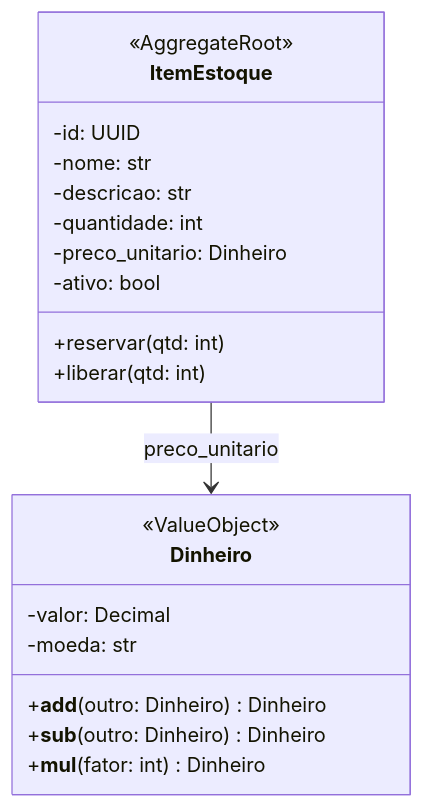
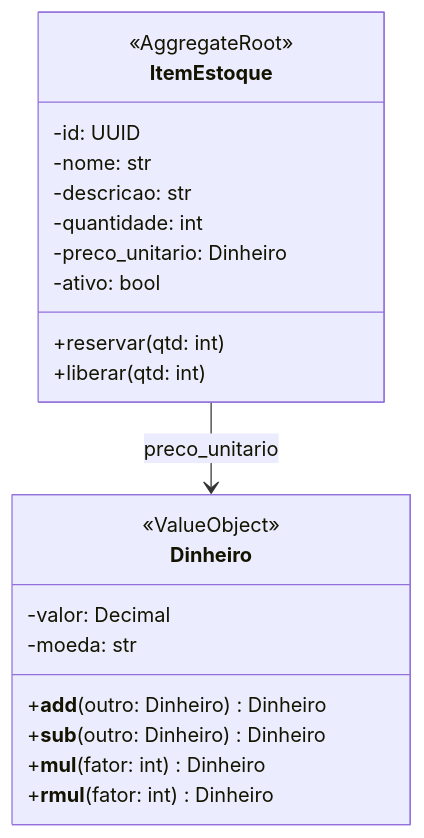
One commit to fiap-postech-sw-architecture/postech-sw-arch-p2 changed the third of 6 diagrams in docs/arquitetura/modelo-dominio.md. Above: the diagram before and after it, drawn with Mermaid. The commit also changed other lines of this file and 13 other files, not shown here.

````diff
--- a/docs/arquitetura/modelo-dominio.md
+++ b/docs/arquitetura/modelo-dominio.md
@@ -139,25 +139,26 @@
 ```mermaid
 classDiagram
     class ItemEstoque {
         <<AggregateRoot>>
         -id: UUID
         -nome: str
         -descricao: str
         -quantidade: int
         -preco_unitario: Dinheiro
         -ativo: bool
         +reservar(qtd: int)
         +liberar(qtd: int)
     }
 
     class Dinheiro {
         <<ValueObject>>
         -valor: Decimal
         -moeda: str
         +__add__(outro: Dinheiro) Dinheiro
         +__sub__(outro: Dinheiro) Dinheiro
         +__mul__(fator: int) Dinheiro
+        +__rmul__(fator: int) Dinheiro
     }
 
     ItemEstoque --> Dinheiro : preco_unitario
 ```
````
